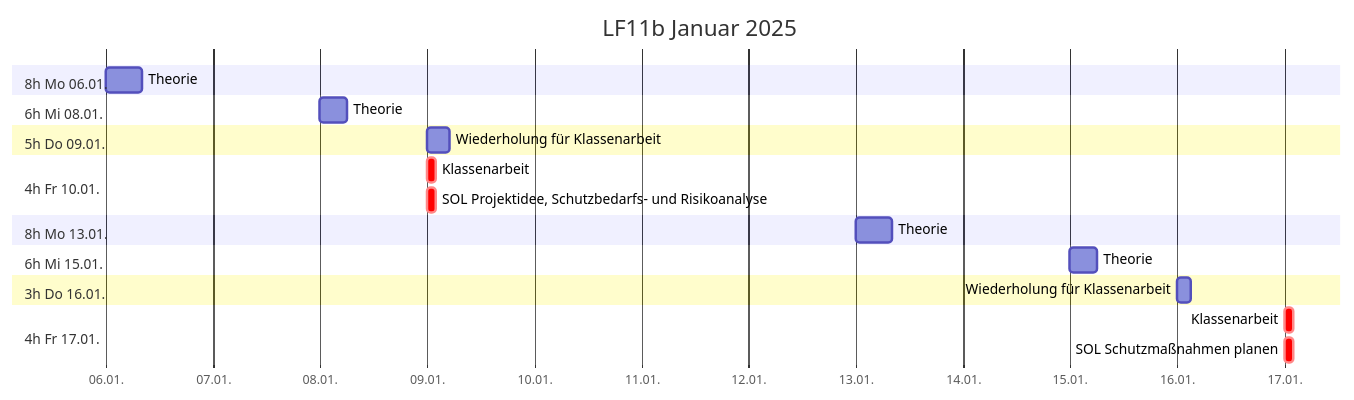
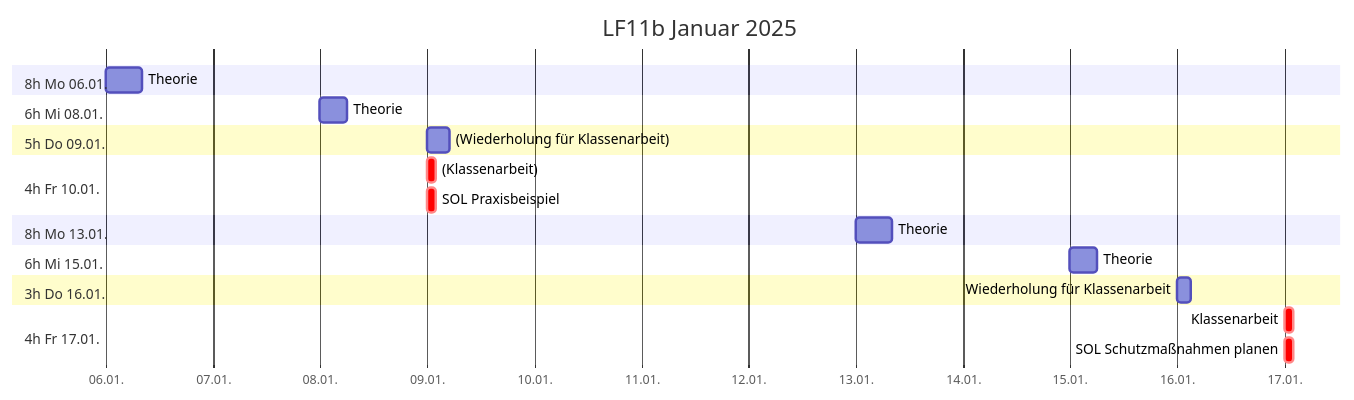
The second of 3 diagrams in src/plan.md (johannesloetzsch/LF11b), drawn with Mermaid before and after one commit. The commit also changed 2 other files, not shown here.

Commit message:
schneeschrauber

````diff
--- a/src/plan.md
+++ b/src/plan.md
@@ -18,24 +18,24 @@
 ```mermaid
 gantt
  title LF11b Januar 2025
  dateFormat YYYY-MM-DD
  axisFormat %d.%m.
  section 8h Mo 06.01.
   Theorie                           :2025-01-06, 8h
  section 6h Mi 08.01.
   Theorie                           :2025-01-08, 6h
  section 5h Do 09.01.
-  Wiederholung für Klassenarbeit    :2025-01-09, 5h
+  (Wiederholung für Klassenarbeit)  :2025-01-09, 5h
  section 4h Fr 10.01.
-  Klassenarbeit                     :crit, 2025-01-09, 2h
-  SOL Projektidee, Schutzbedarfs- und Risikoanalyse       :crit, 2025-01-09, 2h
+  (Klassenarbeit)                   :crit, 2025-01-09, 2h
+  SOL Praxisbeispiel                :crit, 2025-01-09, 2h
  section 8h Mo 13.01.
   Theorie                           :2025-01-13, 8h
  section 6h Mi 15.01.
   Theorie                           :2025-01-15, 6h
  section 3h Do 16.01.
   Wiederholung für Klassenarbeit    :2025-01-16, 3h
  section 4h Fr 17.01.
   Klassenarbeit                     :crit, 2025-01-17, 2h
   SOL Schutzmaßnahmen planen        :crit, 2025-01-17, 2h
 ```
````
